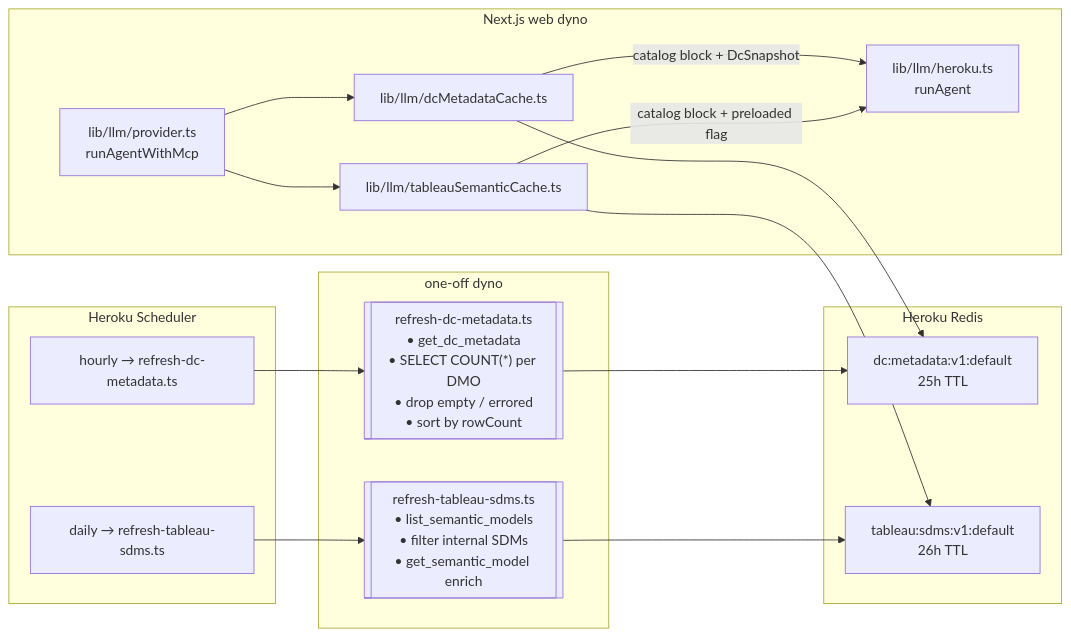
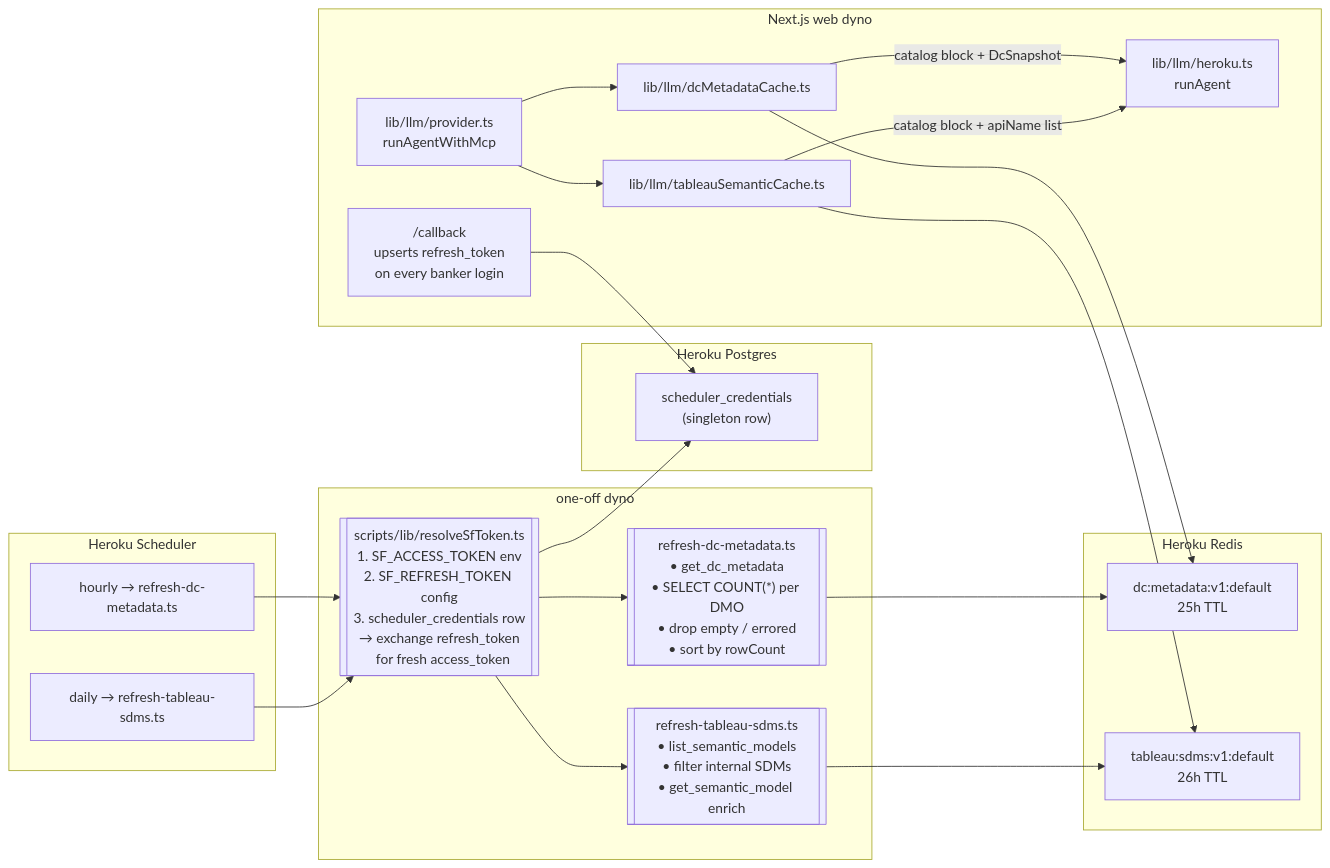
Before and after one commit to josers18/Headless-JDO: the third of 3 diagrams in docs/ARCHITECTURE.md, drawn with Mermaid. The commit also changed other lines of this file and 8 other files, not shown here.

````diff
--- a/docs/ARCHITECTURE.md
+++ b/docs/ARCHITECTURE.md
@@ -87,31 +90,40 @@
 ```mermaid
 flowchart LR
   subgraph Scheduler["Heroku Scheduler"]
     CRON1["hourly → refresh-dc-metadata.ts"]
     CRON2["daily → refresh-tableau-sdms.ts"]
   end
   subgraph Refresh["one-off dyno"]
+    RESOLVE[["scripts/lib/resolveSfToken.ts\n1. SF_ACCESS_TOKEN env\n2. SF_REFRESH_TOKEN config\n3. scheduler_credentials row\n→ exchange refresh_token\n  for fresh access_token"]]
     SCRIPT1[["refresh-dc-metadata.ts\n• get_dc_metadata\n• SELECT COUNT(*) per DMO\n• drop empty / errored\n• sort by rowCount"]]
     SCRIPT2[["refresh-tableau-sdms.ts\n• list_semantic_models\n• filter internal SDMs\n• get_semantic_model enrich"]]
+  end
+  subgraph Postgres["Heroku Postgres"]
+    SC["scheduler_credentials\n(singleton row)"]
   end
   subgraph Redis["Heroku Redis"]
     K1["dc:metadata:v1:default\n25h TTL"]
     K2["tableau:sdms:v1:default\n26h TTL"]
   end
   subgraph Web["Next.js web dyno"]
+    OAUTH["/callback\nupserts refresh_token\non every banker login"]
     Provider["lib/llm/provider.ts\nrunAgentWithMcp"]
     Cache1["lib/llm/dcMetadataCache.ts"]
     Cache2["lib/llm/tableauSemanticCache.ts"]
     Agent2["lib/llm/heroku.ts\nrunAgent"]
   end
-  CRON1 --> SCRIPT1
-  CRON2 --> SCRIPT2
+  OAUTH --> SC
+  CRON1 --> RESOLVE
+  CRON2 --> RESOLVE
+  RESOLVE --> SC
+  RESOLVE --> SCRIPT1
+  RESOLVE --> SCRIPT2
   SCRIPT1 --> K1
   SCRIPT2 --> K2
   Provider --> Cache1
   Provider --> Cache2
   Cache1 --> K1
   Cache2 --> K2
   Cache1 -->|catalog block + DcSnapshot| Agent2
-  Cache2 -->|catalog block + preloaded flag| Agent2
+  Cache2 -->|catalog block + apiName list| Agent2
 ```
````
